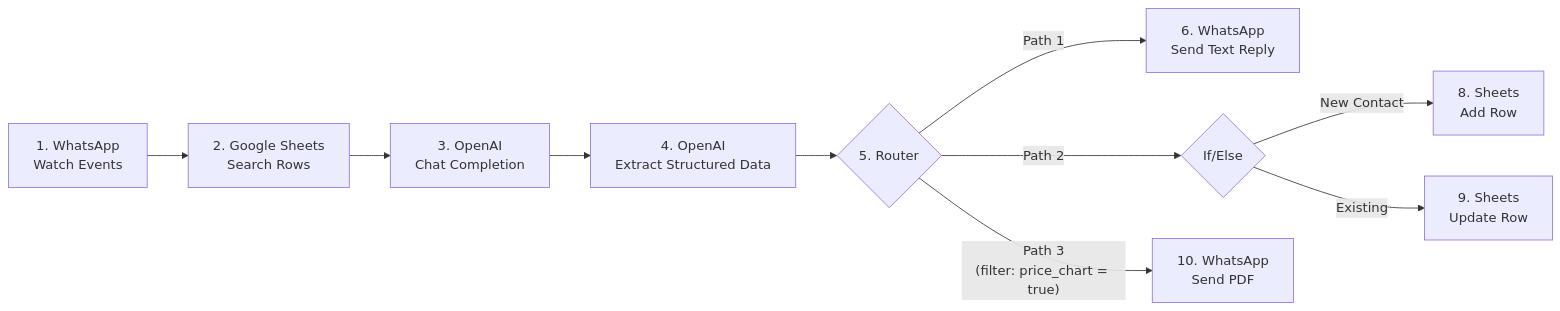
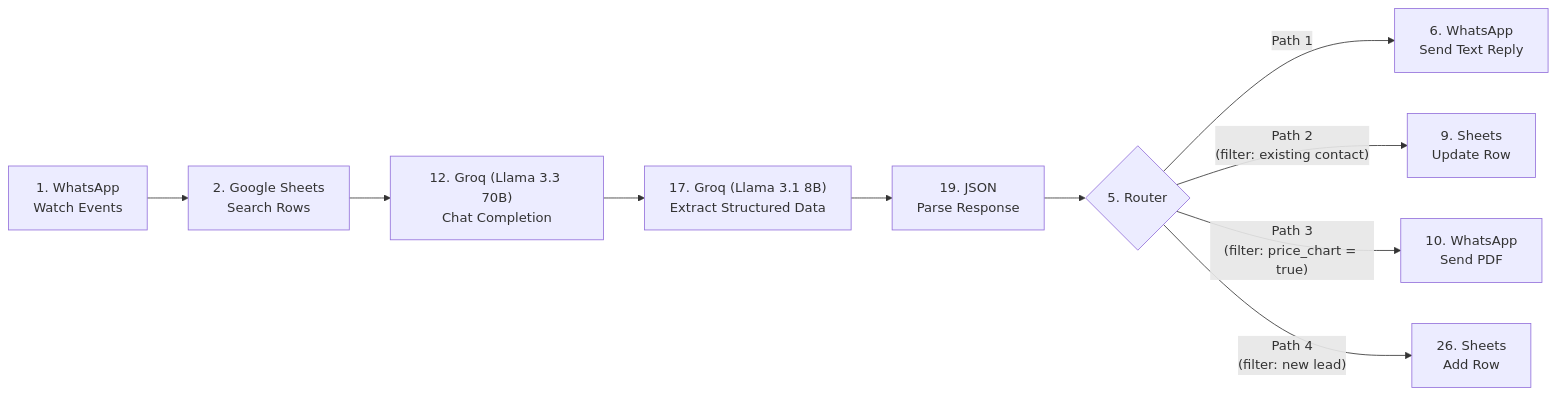
Before and after one commit to Gyanendra66/revolution-fitness-blueprint: the diagram in README.md, drawn with Mermaid. The commit also changed other lines of this file and 1 other file, not shown here.

Commit message:
v2: Migrate to Groq (Llama), add JSON Parse & error handlers, update README

````diff
--- a/README.md
+++ b/README.md
@@ -11,12 +13,12 @@
 ```mermaid
 graph LR
     A["1. WhatsApp\nWatch Events"] --> B["2. Google Sheets\nSearch Rows"]
-    B --> C["3. OpenAI\nChat Completion"]
-    C --> D["4. OpenAI\nExtract Structured Data"]
-    D --> E{"5. Router"}
-    E -->|Path 1| F["6. WhatsApp\nSend Text Reply"]
-    E -->|Path 2| G{"If/Else"}
-    G -->|New Contact| H["8. Sheets\nAdd Row"]
-    G -->|Existing| I["9. Sheets\nUpdate Row"]
-    E -->|"Path 3\n(filter: price_chart = true)"| J["10. WhatsApp\nSend PDF"]
+    B --> C["12. Groq (Llama 3.3 70B)\nChat Completion"]
+    C --> D["17. Groq (Llama 3.1 8B)\nExtract Structured Data"]
+    D --> E["19. JSON\nParse Response"]
+    E --> F{"5. Router"}
+    F -->|"Path 1"| G["6. WhatsApp\nSend Text Reply"]
+    F -->|"Path 2\n(filter: existing contact)"| H["9. Sheets\nUpdate Row"]
+    F -->|"Path 3\n(filter: price_chart = true)"| I["10. WhatsApp\nSend PDF"]
+    F -->|"Path 4\n(filter: new lead)"| J["26. Sheets\nAdd Row"]
 ```
````
